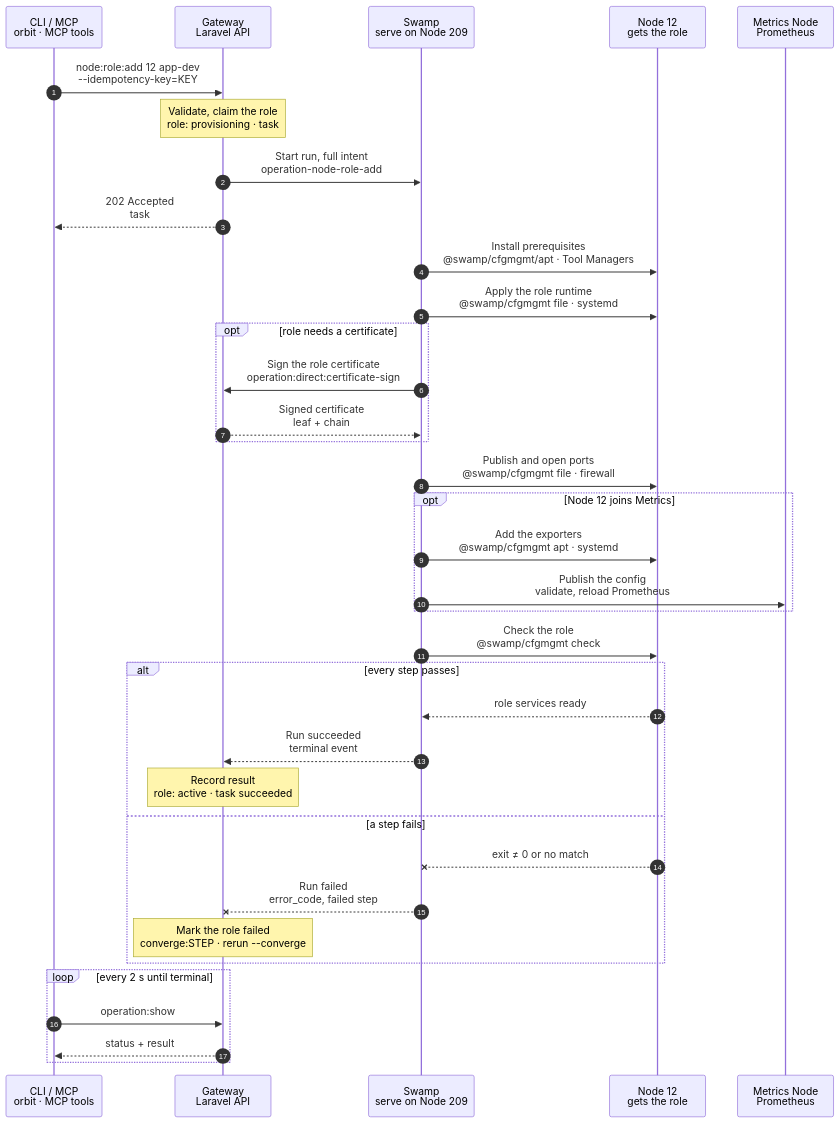
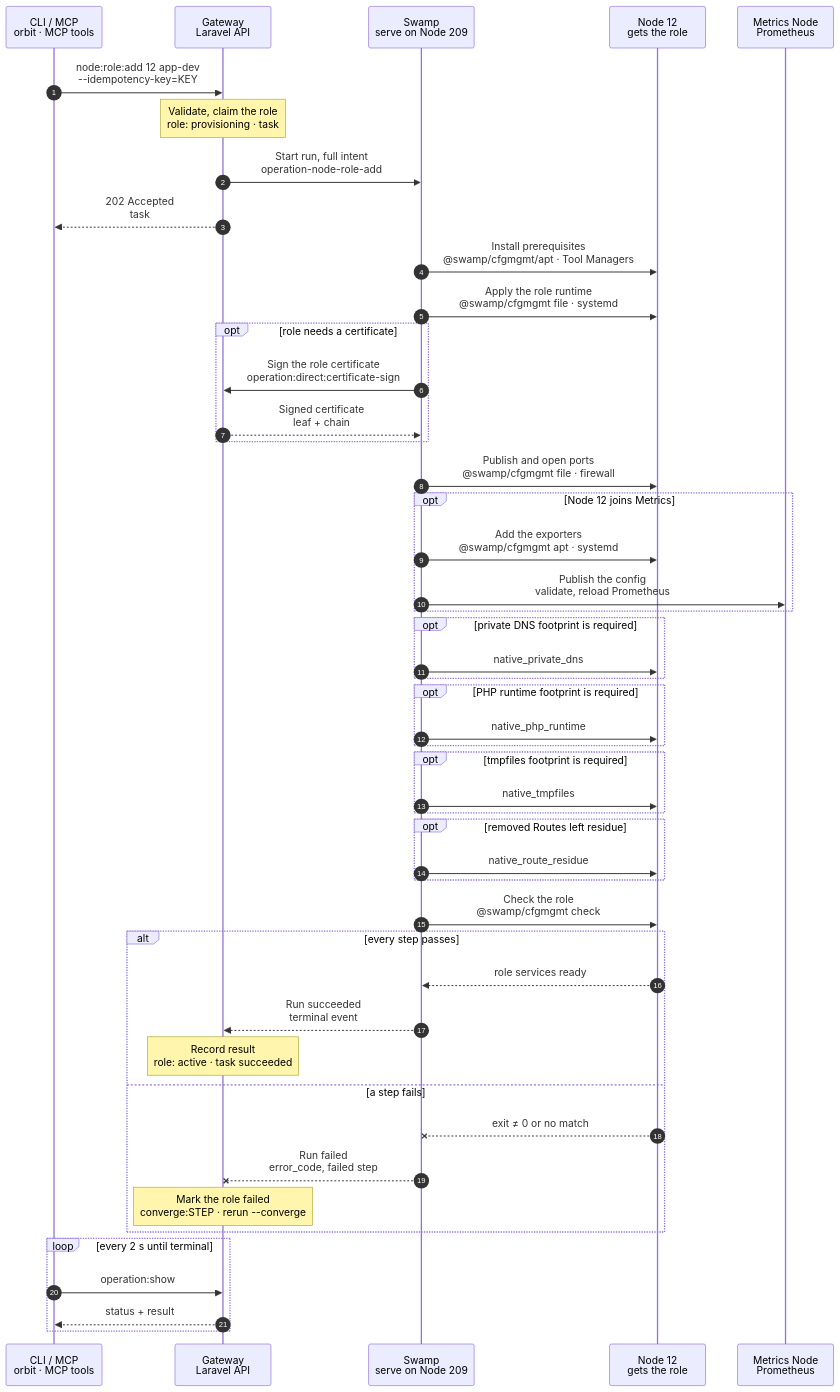
One commit to hardimpactdev/orbit changed the diagram in docs/cli/node/role-add.mmd. Above: the diagram before and after it, drawn with Mermaid. The commit also changed 31 other files, not shown here.

First line of the commit message:
refactor(fleet): replace PHP and DNS footprint scripts

```diff
--- a/docs/cli/node/role-add.mmd
+++ b/docs/cli/node/role-add.mmd
@@ -1,156 +1,176 @@
 sequenceDiagram
   %% Target design: ADR 0243/0244 task, DECISIONS R1-R4 + 5 (shared SSH identity), metrics.exporter_enable decisions, single-swamp-node. docs/cli/node.mdx#orbit-noderoleadd, docs/reference/node-provisioning.md.
   %% Tightened: flow-tighten 2026-11-02, rules 9, 22 (cfgmgmt behaviors named; their checks are the end check, no file read-back).
   %% status: draft
   %% command: node:role:add
   %% kind: node.role_add
   autonumber
   %% lane CLI icon=terminal pill=caller tone=gray
   %% lane GW icon=gateway pill=intent tone=blue
   %% lane SW icon=workflow pill=executes tone=green
   %% lane N icon=server pill=target tone=amber
   %% lane M icon=server pill=target tone=purple
   participant CLI as CLI / MCP<br/>orbit · MCP tools
   participant GW as Gateway<br/>Laravel API
   participant SW as Swamp<br/>serve on Node 209
   participant N as Node 12<br/>gets the role
   participant M as Metrics Node<br/>Prometheus
   CLI->>GW: node:role:add 12 app-dev<br/>--idempotency-key=KEY
   %%> Command:
   %%> - `orbit node:role:add 12 app-dev`
   %%> - syntax: `<node> <role> [--converge] [--postgres-process=ID] [--clickhouse-process=ID] [--idempotency-key=KEY] [--json]`
   %%> Input:
   %%> - the Node, by id or exact name, and the role, such as `app-dev`, `app-prod`, `ingress`, `database`, `websocket`, `analytics`, `ci-runner`, `gateway` or `swamp`
   %%> - for `analytics` only: the PostgreSQL and ClickHouse Processes; in a terminal the CLI asks for them
   %%> - `--converge` converges a role the Node already has; that is `node.role_converge`, with its own chart
   %%> Who can call it:
   %%> - the `orbit` CLI and the MCP tool send the same request
   Note over GW: Validate, claim the role<br/>role: provisioning · task #5170
   %%> Requirements:
   %%> - your Node has an access grant to Node 12
   %%> - Node 12 is an active, managed Linux Node
   %%> - the role is not `vpn` or `router`; those are protected from this command
   %%> - Node 12 doesn't have the role yet, and holds no role it conflicts with, such as `app-prod` beside `app-dev`
   %%> - a singleton role, such as `gateway` or `swamp`, has no holder yet; to move one, use `node:role:relocate`
   %%> - one role operation per Node: the Gateway holds a role lock for Node 12 and waits up to 2 minutes for a busy one, then refuses with `node_role.node_busy`
   %%> Builds:
   %%> - the role plan: packages, files, units, Caddy sites, PHP settings, firewall rules and certificate requests
   %%> - the Metrics fleet change, when Node 12 becomes a selected exporter
   %%> Secrets:
   %%> - role credentials go to the Swamp vault as execution copies; the inputs hold only their key names
   %%> Result:
   %%> - the `app-dev` assignment recorded with status provisioning
   %%> - task #5170 recorded with the full intent
   %%> - nothing has happened on the Node yet
   GW->>SW: Start run, full intent<br/>operation-node-role-add
   %%> What it does:
   %%> - starts one Swamp run on serve (Node 209)
   %%> Inputs:
   %%> - the role plan with its files and digests
   %%> - the vault key names of the role credentials
   %%> - Node 12's and the Metrics Node's addresses and SSH host keys; the SSH identity comes from the `swamp` role
   GW-->>CLI: 202 Accepted<br/>task #5170
   %%> What you get:
   %%> - the task number, at once
   %%> Next:
   %%> - the CLI follows the task with `operation:show`
   SW->>N: Install prerequisites<br/>@swamp/cfgmgmt/apt · Tool Managers
   %%> What it does:
   %%> - checks the Ubuntu release the role supports, then installs the role's packages
   %%> - waits for a busy apt lock within the run's time budget
   %%> Per role:
   %%> - `app-dev`, `app-prod`: the pinned PHP build and JavaScript runtimes, the `vp` and `composer` Tool Managers through the shared Tool Manager setup step, and `<home>/apps` for `app-dev`
   %%> - Caddy roles: the pinned Caddy release, only when Caddy is missing or below the floor
   %%> - `database`, `analytics`: the Docker engine
   %%> - `ci-runner`: the Incus host boundary
   %%> How:
   %%> - official `@swamp/cfgmgmt` behaviors (apt, fetch, file) over SSH from 209
   SW->>N: Apply the role runtime<br/>@swamp/cfgmgmt file · systemd
   %%> What it does:
   %%> - runs the same steps as role converge (`node.role_converge`): files, units and services of the role
   %%> Per role:
   %%> - Caddy roles: the Caddyfile, validated first, then a graceful Caddy reload
   %%> - `app-dev`, `app-prod`: the managed PHP-FPM module; a graceful reload of valid running masters
   %%> - `app-dev`: the `/etc/tmpfiles.d/orbit.conf` rule for `/tmp/orbit-*` and `/dev/shm/orbit-*`
   %%> - `websocket`: the Reverb service
   %%> - `analytics`: Plausible, beside the given storage Processes
   %%> - `swamp`: Orbit's Caddy and the 2 worker services `orbit-swamp-worker@a` and `@b`
   %%> - `metrics`: Prometheus and Grafana, with the same steps as `metrics:enable`
   %%> How:
   %%> - official `@swamp/cfgmgmt` behaviors (file, systemd, docker) over SSH from 209
   %%> Not included:
   %%> - the Node agent, its files and the Orbit CLI; `node:converge` owns them
   opt role needs a certificate
     SW->>GW: Sign the role certificate<br/>operation:direct:certificate-sign
     %%> When:
     %%> - the role serves TLS with an Orbit certificate, for example `database` or `websocket`
     %%> How:
     %%> - a step creates the key on Node 12 and reads only the CSR
     %%> - the Gateway signs the CSR with the Orbit CA; this is the one call a step may make to the Gateway
     %%> Why:
     %%> - the private key never leaves Node 12, and the CA key never leaves the Gateway
     GW-->>SW: Signed certificate<br/>leaf + chain
     %%> What happens next:
     %%> - Swamp writes the certificate beside its key on Node 12 and activates it
   end
   SW->>N: Publish and open ports<br/>@swamp/cfgmgmt file · firewall
   %%> What it does:
   %%> - publishes the role's Caddy sites and PHP pools, validates them, and reloads gracefully
   %%> - adds the role's managed firewall rules with `@swamp/cfgmgmt/firewall`
   %%> - publishes the role's private DNS names, such as the Reverb host, through the shared DNS step on the `vpn` Node
   %%> First role:
   %%> - removes the public SSH rule, so Node 12 is reached only over WireGuard from then on
   opt Node 12 joins Metrics
     SW->>N: Add the exporters<br/>@swamp/cfgmgmt apt · systemd
     %%> When:
     %%> - a Metrics role exists, and this role makes Node 12 a selected exporter; every role takes part except `swamp`
     %%> What it does:
     %%> - the same steps as `metrics:exporter:enable`: the exporters, their WireGuard listeners, and the Metrics Node's firewall allows
     SW->>M: Publish the config<br/>validate, reload Prometheus
     %%> What it does:
     %%> - validates the new Prometheus configuration with `promtool`, publishes it, and reloads Prometheus while it runs
     %%> - no restart, so collection from other Nodes continues
   end
+  opt private DNS footprint is required
+    SW->>N: native_private_dns
+    %%> What it does:
+    %%> - the shared node-private-dns workflow applies listener files, units, records and catalog, then checks the loaded catalog
+  end
+  opt PHP runtime footprint is required
+    SW->>N: native_php_runtime
+    %%> What it does:
+    %%> - one forEach runs node-php-runtime for each admitted PHP version, with official file and link resources, validation and reload
+  end
+  opt tmpfiles footprint is required
+    SW->>N: native_tmpfiles
+    %%> What it does:
+    %%> - official cfgmgmt file applies /etc/tmpfiles.d/orbit.conf
+  end
+  opt removed Routes left residue
+    SW->>N: native_route_residue
+    %%> What it does:
+    %%> - the shared node-route-residue workflow removes each admitted leftover; its failed cleanup is recorded as skipped
+  end
   SW->>N: Check the role<br/>@swamp/cfgmgmt check
   %%> What it does:
   %%> - checks the role's services are active and answer, such as Caddy, PHP-FPM or Reverb
   %%> - the `check` of each file and systemd behavior confirms its content and state; no separate read-back
   %%> Why:
   %%> - the role only counts as active when Node 12 shows it
   alt every step passes
     N-->>SW: role services ready
     %%> Returns:
     %%> - the check passed for every part of the role
     SW-->>GW: Run succeeded<br/>terminal event
     %%> How the Gateway learns it:
     %%> - its shared run reader sees the terminal event; Swamp never calls the Gateway for a result
     Note over GW: Record result<br/>role: active · task succeeded
     %%> Result:
     %%> - the `app-dev` role on Node 12 becomes active, with the digest of each applied part
     %%> - Node 12's exporter is recorded as active, when it joined Metrics
     %%> - task #5170 succeeds
   else a step fails
     N--xSW: exit ≠ 0 or no match
     %%> When:
     %%> - a package, file, unit, Caddy validation, certificate, firewall or check step fails
     SW--xGW: Run failed<br/>error_code, failed step
     %%> The Gateway reads:
     %%> - which step failed and its error code
     Note over GW: Mark the role failed<br/>converge:STEP · rerun --converge
     %%> Result:
     %%> - the role stays recorded, marked failed at `converge:STEP` with the step's own error code
     %%> - task #5170 fails
     %%> On the Node:
     %%> - finished steps stay; there is no rollback
     %%> - that is safe: every step is idempotent and Caddy is never reloaded with a config that fails validation
     %%> Retry:
     %%> - run `orbit node:role:add 12 app-dev --converge` after fixing the cause
   end
   loop every 2 s until terminal
     CLI->>GW: operation:show #5170
     %%> What it does:
     %%> - asks for the task's status every 2 seconds until it has ended
     GW-->>CLI: status + result
     %%> Returns:
     %%> - the current status, and the result once the task has ended
   end
```
